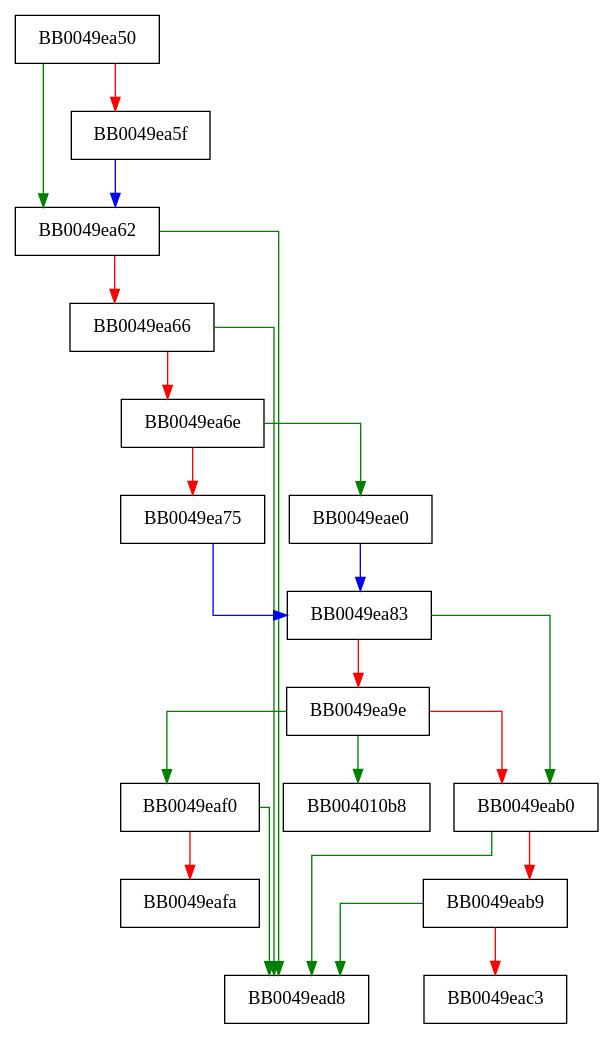
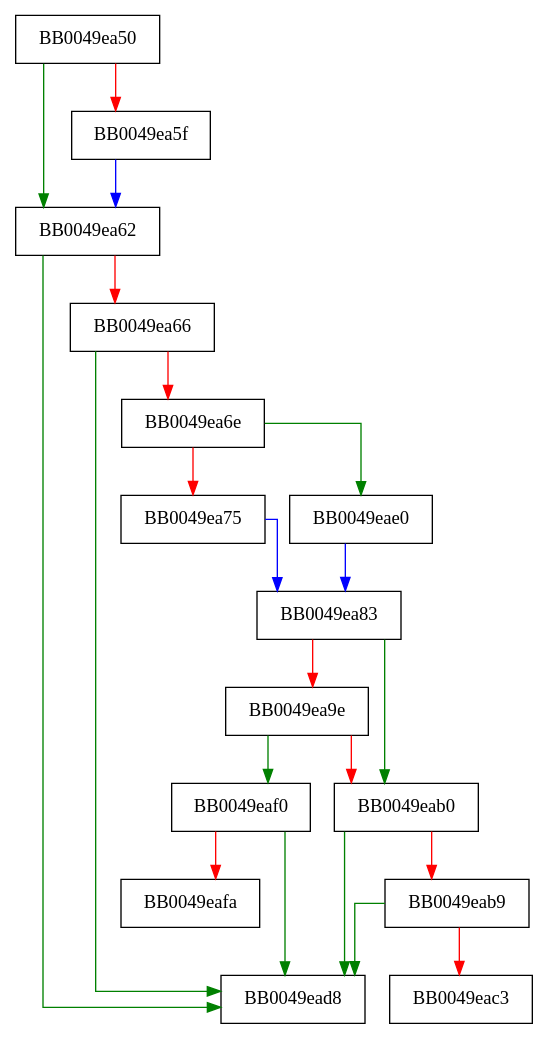
The diagram in openssl-static-gcc-dwarf/0049ea50.dot (v-p-b/ghidra-function-graph-datasets), drawn with Graphviz before and after one commit. The commit also changed 16867 other files, not shown here.

```diff
--- a/openssl-static-gcc-dwarf/0049ea50.dot
+++ b/openssl-static-gcc-dwarf/0049ea50.dot
@@ -1,26 +1,25 @@
 digraph has_usable_cert {
   node [shape="box"];
   graph [splines=ortho];
   BB0049ea50 -> BB0049ea62 [color="green"];
   BB0049ea50 -> BB0049ea5f [color="red"];
   BB0049ea5f -> BB0049ea62 [color="blue"];
   BB0049ea62 -> BB0049ead8 [color="green"];
   BB0049ea62 -> BB0049ea66 [color="red"];
   BB0049ea66 -> BB0049ead8 [color="green"];
   BB0049ea66 -> BB0049ea6e [color="red"];
   BB0049ea6e -> BB0049eae0 [color="green"];
   BB0049ea6e -> BB0049ea75 [color="red"];
   BB0049ea75 -> BB0049ea83 [color="blue"];
   BB0049ea83 -> BB0049eab0 [color="green"];
   BB0049ea83 -> BB0049ea9e [color="red"];
-  BB0049ea9e -> BB004010b8 [color="green"];
   BB0049ea9e -> BB0049eaf0 [color="green"];
   BB0049ea9e -> BB0049eab0 [color="red"];
   BB0049eab0 -> BB0049ead8 [color="green"];
   BB0049eab0 -> BB0049eab9 [color="red"];
   BB0049eab9 -> BB0049ead8 [color="green"];
   BB0049eab9 -> BB0049eac3 [color="red"];
   BB0049eae0 -> BB0049ea83 [color="blue"];
   BB0049eaf0 -> BB0049ead8 [color="green"];
   BB0049eaf0 -> BB0049eafa [color="red"];
 }
```
